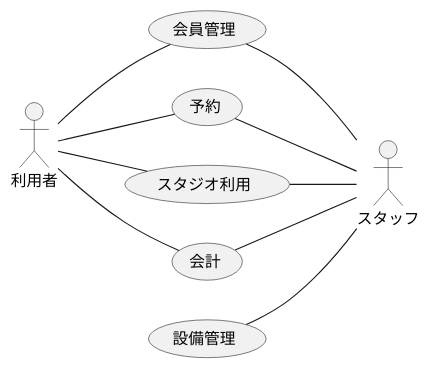
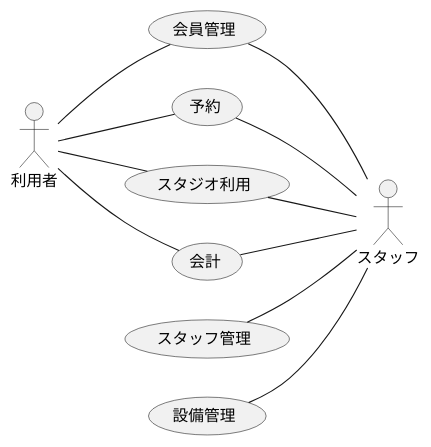
The diagram in modeling/BusinessContext.pu (TakashiOnawa/ddd-practice-studio-reservation), drawn with PlantUML before and after one commit. The commit also changed 9 other files, not shown here.

```diff
--- a/modeling/BusinessContext.pu
+++ b/modeling/BusinessContext.pu
@@ -1,22 +1,23 @@
 @startuml BusinessContext
 
 left to right direction
 
 actor 利用者
 actor スタッフ
 
 利用者 -- (会員管理)
 (会員管理) -- スタッフ
 
 利用者 -- (予約)
 (予約) -- スタッフ
 
 利用者 -- (スタジオ利用)
 (スタジオ利用) -- スタッフ
 
 利用者 -- (会計)
 (会計) -- スタッフ
 
+(スタッフ管理) -- スタッフ
 (設備管理) -- スタッフ
 
 @enduml
```
